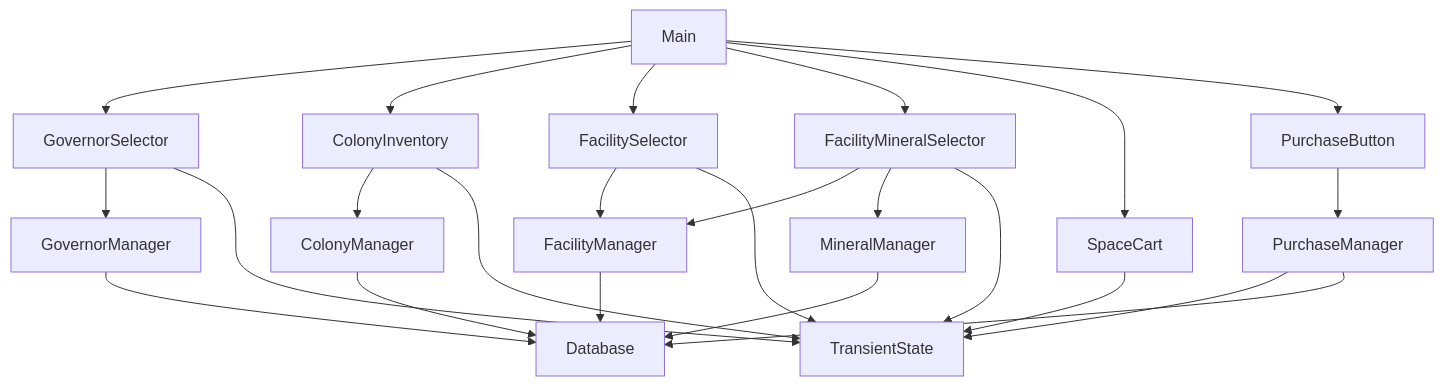
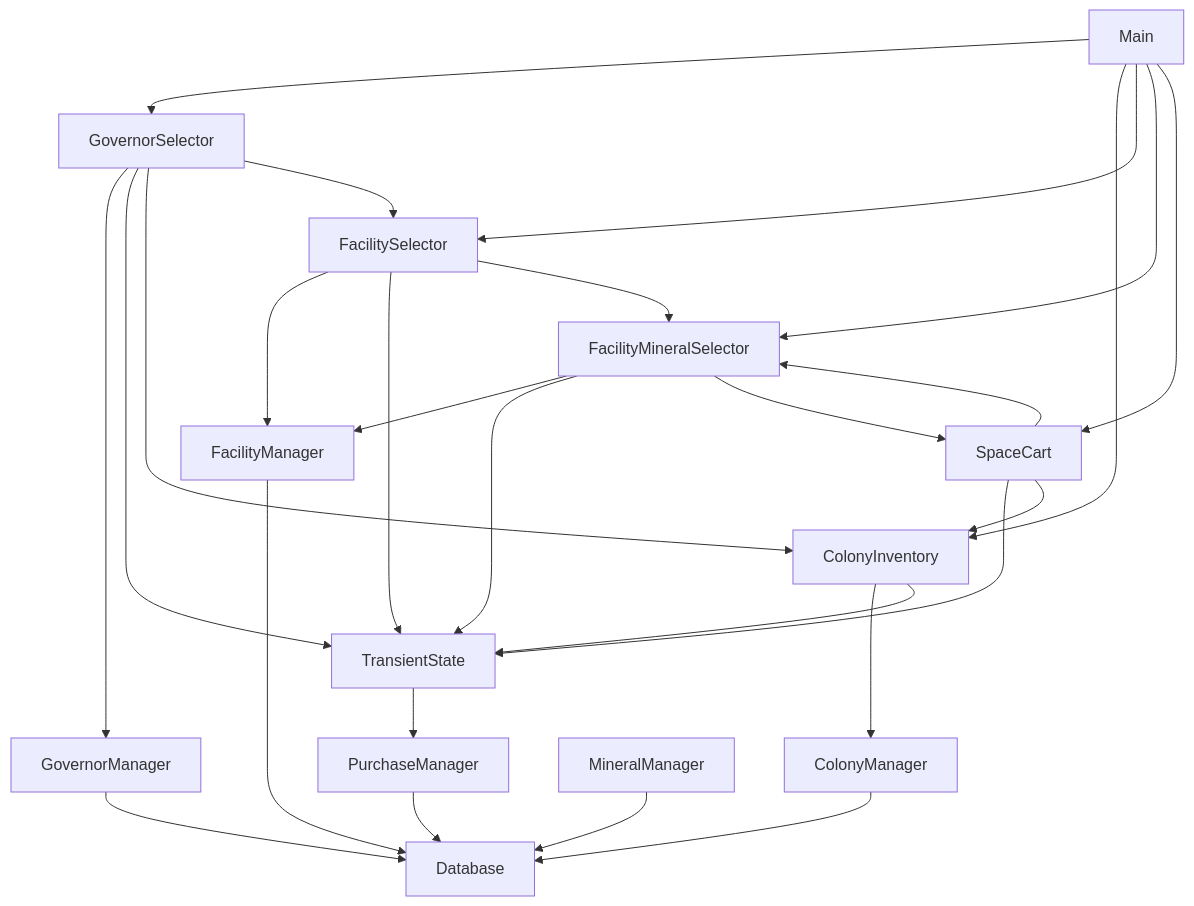
One commit to NSS-Day-Cohort-79/Exomine-client-pibikj changed the diagram in dependencyGraph.md. Above: the diagram before and after it, drawn with Mermaid. The commit also changed 3 other files, not shown here.

Commit message:
updated Notes updated dependencyGraph updated sequenceDiagram created wireframe

````diff
--- a/dependencyGraph.md
+++ b/dependencyGraph.md
@@ -1,30 +1,32 @@
 ```mermaid
 
 graph TD;
 
     Main-->GovernorSelector
     Main-->ColonyInventory
     Main-->FacilitySelector
     Main-->FacilityMineralSelector
     Main-->SpaceCart
-    Main-->PurchaseButton
     GovernorSelector-->GovernorManager
     GovernorSelector-->TransientState
+    GovernorSelector-->ColonyInventory
+    GovernorSelector-->FacilitySelector
     ColonyInventory-->ColonyManager
     ColonyInventory-->TransientState
     FacilitySelector-->FacilityManager
     FacilitySelector-->TransientState
+    FacilitySelector-->FacilityMineralSelector
     FacilityMineralSelector-->FacilityManager
-    FacilityMineralSelector-->MineralManager
     FacilityMineralSelector-->TransientState
+    FacilityMineralSelector-->SpaceCart
     SpaceCart-->TransientState
-    PurchaseButton-->PurchaseManager
-    PurchaseManager-->TransientState
+    SpaceCart-->FacilityMineralSelector
+    SpaceCart-->ColonyInventory
+    TransientState-->PurchaseManager
     GovernorManager-->Database
     ColonyManager-->Database
     FacilityManager-->Database
     MineralManager-->Database
     PurchaseManager-->Database
     
-
 ```
````
